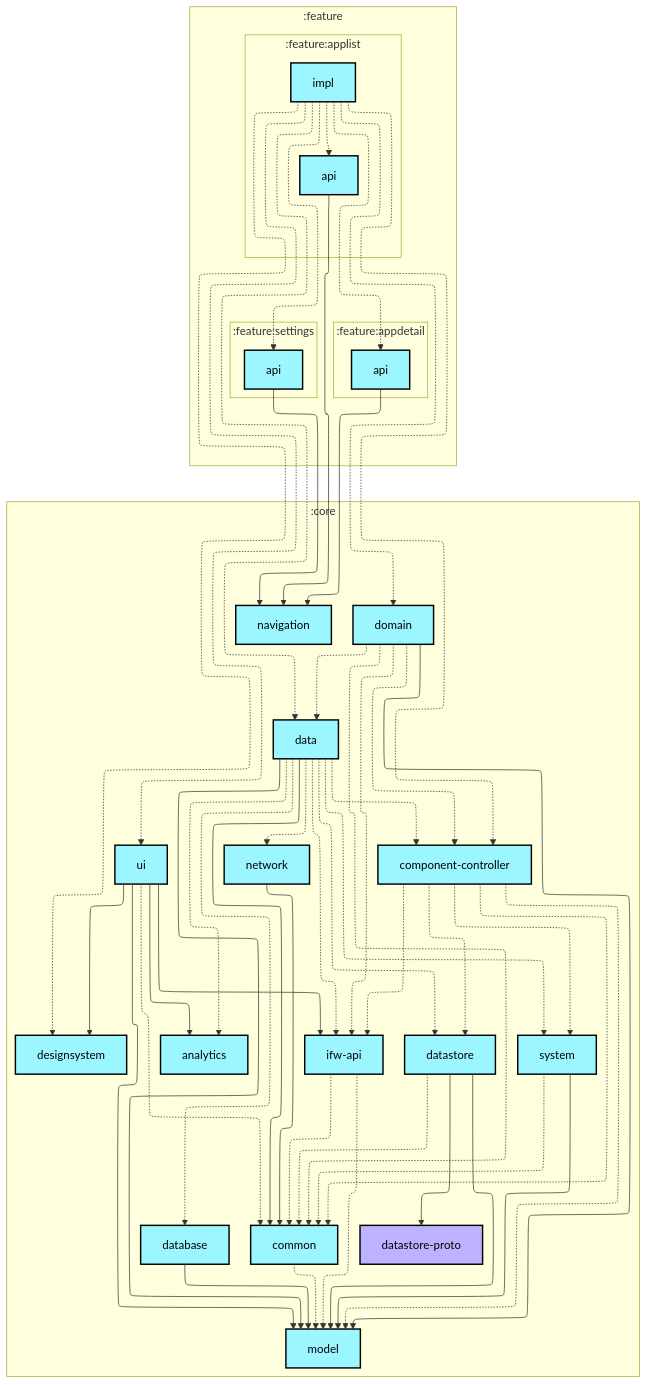
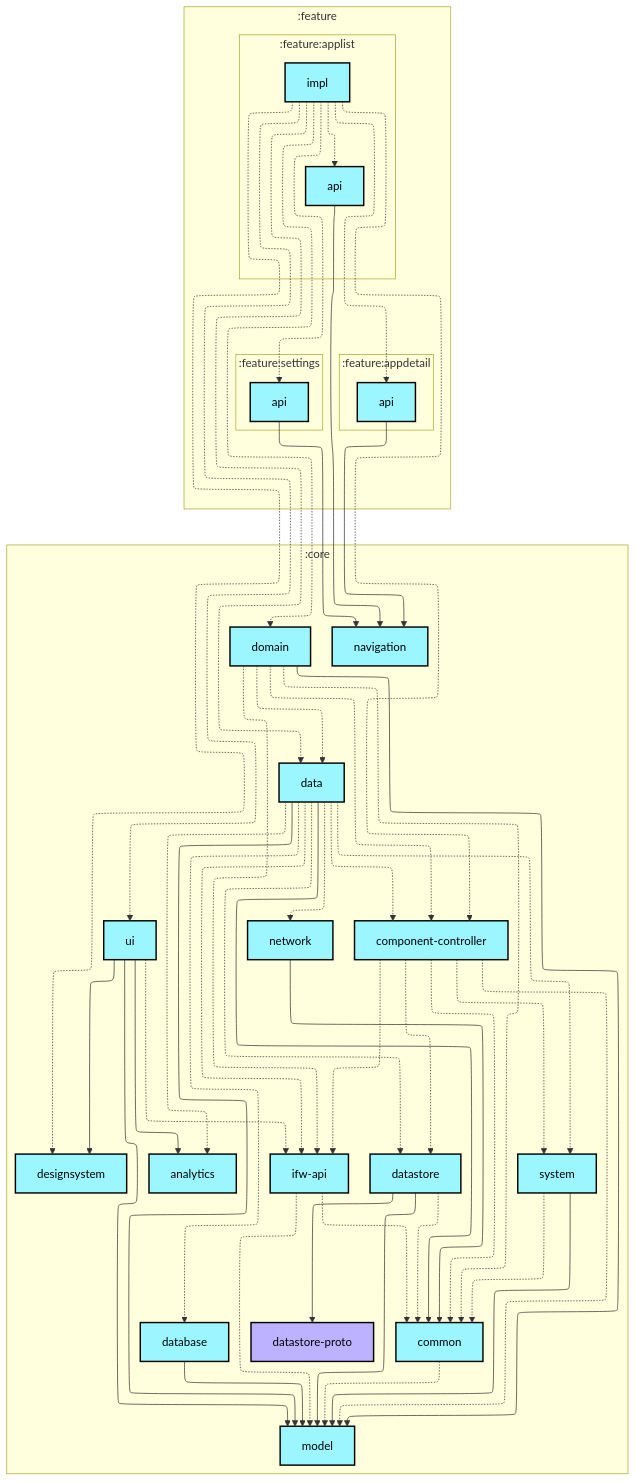
Before and after one commit to lihenggui/blocker: the first of 2 diagrams in feature/applist/impl/README.md, drawn with Mermaid. The commit also changed 51 other files, not shown here.

```diff
--- a/feature/applist/impl/README.md
+++ b/feature/applist/impl/README.md
@@ -76,9 +76,8 @@
   :core:system -.-> :core:common
   :core:system --> :core:model
   :core:ui --> :core:analytics
-  :core:ui -.-> :core:common
   :core:ui --> :core:designsystem
-  :core:ui --> :core:ifw-api
+  :core:ui -.-> :core:ifw-api
   :core:ui --> :core:model
   :feature:appdetail:api --> :core:navigation
   :feature:applist:api --> :core:navigation
```
